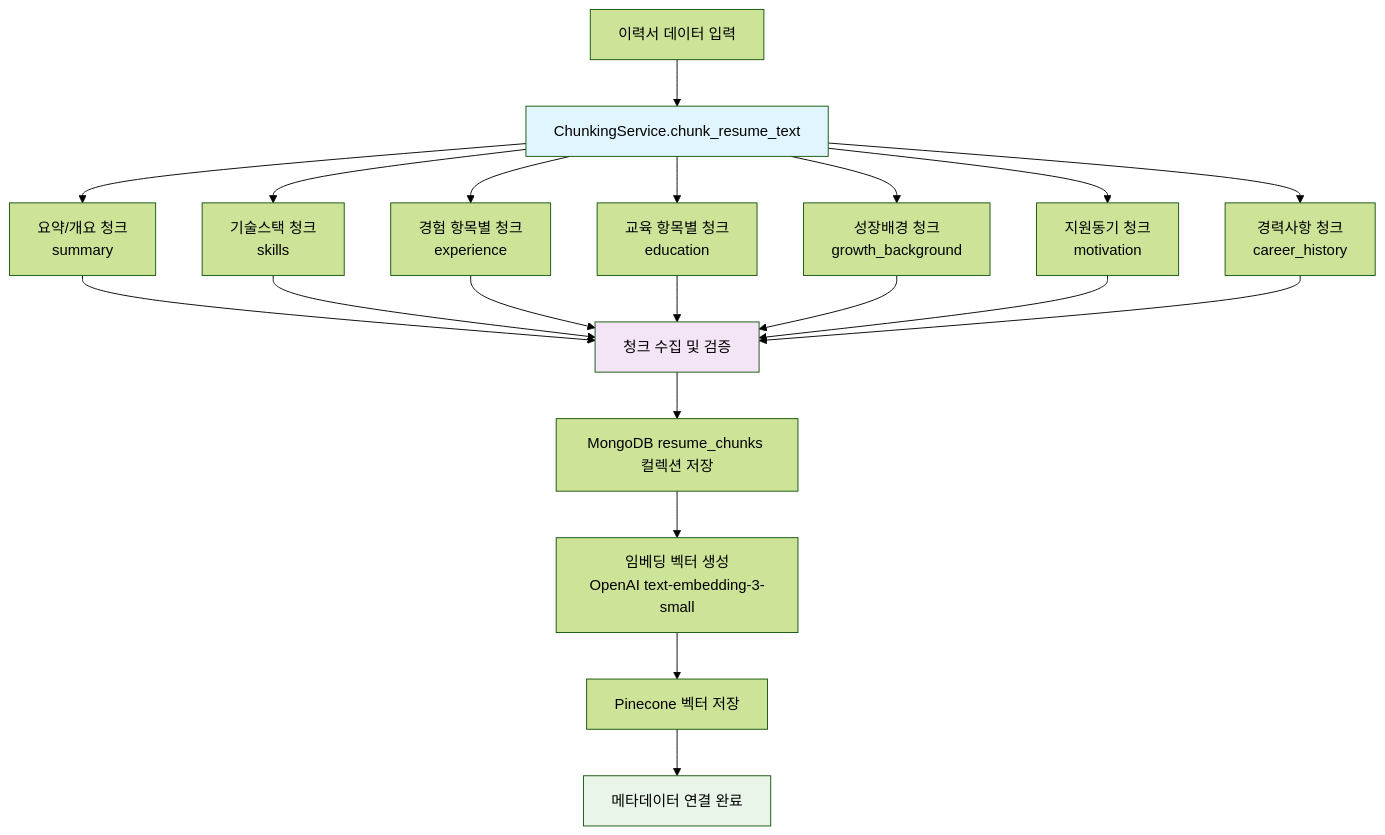
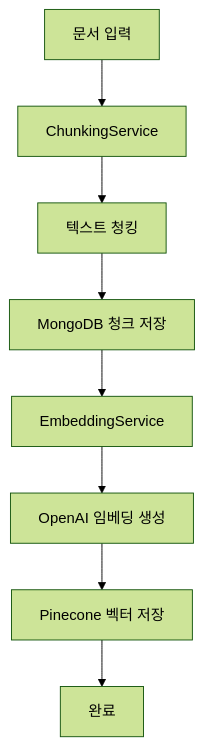
The first of 3 diagrams in README_jr.md (gangnam-2-insol/workspace-new), drawn with Mermaid (forest theme) before and after one commit. The commit also changed other lines of this file and 1 other file, not shown here.

````diff
--- a/README_jr.md
+++ b/README_jr.md
@@ -834,29 +307,10 @@
 ```mermaid
 graph TD
-    A[이력서 데이터 입력] --> B[ChunkingService.chunk_resume_text]
-    
-    B --> C1[요약/개요 청크<br>summary]
-    B --> C2[기술스택 청크<br>skills]
-    B --> C3[경험 항목별 청크<br>experience]
-    B --> C4[교육 항목별 청크<br>education]
-    B --> C5[성장배경 청크<br>growth_background]
-    B --> C6[지원동기 청크<br>motivation]
-    B --> C7[경력사항 청크<br>career_history]
-    
-    C1 --> D[청크 수집 및 검증]
-    C2 --> D
-    C3 --> D
-    C4 --> D
-    C5 --> D
-    C6 --> D
-    C7 --> D
-    
-    D --> E[MongoDB resume_chunks 컬렉션 저장]
-    E --> F[임베딩 벡터 생성<br>OpenAI text-embedding-3-small]
+    A[문서 입력] --> B[ChunkingService]
+    B --> C[텍스트 청킹]
+    C --> D[MongoDB 청크 저장]
+    D --> E[EmbeddingService]
+    E --> F[OpenAI 임베딩 생성]
     F --> G[Pinecone 벡터 저장]
-    G --> H[메타데이터 연결 완료]
-    
-    style B fill:#e1f5fe
-    style D fill:#f3e5f5
-    style H fill:#e8f5e8
+    G --> H[완료]
 ```
````
